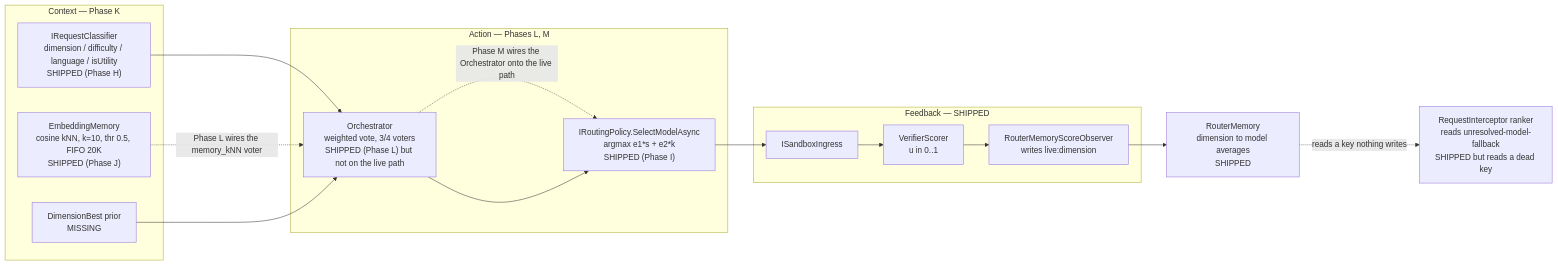
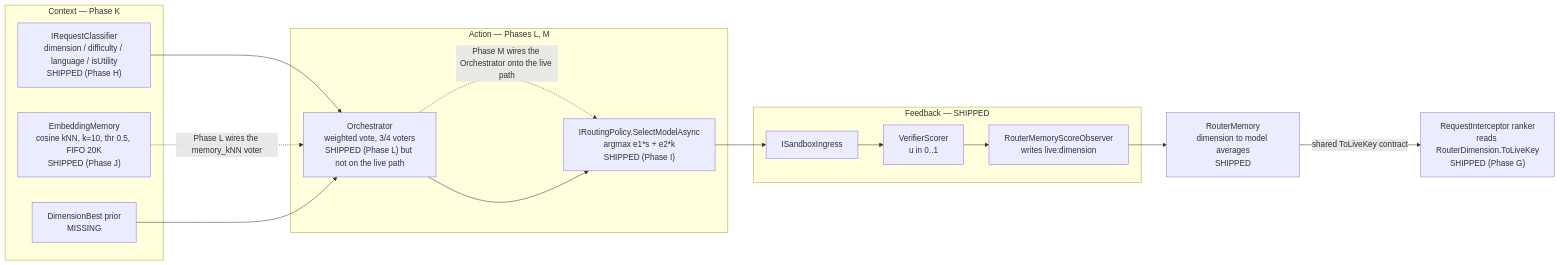
One commit to davidpizon/TotallyHot-ArcRouter changed the diagram in src/PLAN.md. Above: the diagram before and after it, drawn with Mermaid. The commit also changed other lines of this file and 13 other files, not shown here.

````diff
--- a/src/PLAN.md
+++ b/src/PLAN.md
@@ -17,33 +18,33 @@
 ```mermaid
 flowchart LR
     subgraph CTX["Context — Phase K"]
         CLS["IRequestClassifier<br/>dimension / difficulty / language / isUtility<br/>SHIPPED (Phase H)"]
         MEM["EmbeddingMemory<br/>cosine kNN, k=10, thr 0.5, FIFO 20K<br/>SHIPPED (Phase J)"]
         PRIOR["DimensionBest prior<br/>MISSING"]
     end
 
     subgraph ACT["Action — Phases L, M"]
         ORC["Orchestrator<br/>weighted vote, 3/4 voters<br/>SHIPPED (Phase L) but not on the live path"]
         POL["IRoutingPolicy.SelectModelAsync<br/>argmax e1*s + e2*k<br/>SHIPPED (Phase I)"]
     end
 
     subgraph FB["Feedback — SHIPPED"]
         ING["ISandboxIngress"]
         VER["VerifierScorer<br/>u in 0..1"]
         OBS["RouterMemoryScoreObserver<br/>writes live:dimension"]
     end
 
     RM["RouterMemory<br/>dimension to model averages<br/>SHIPPED"]
-    RI["RequestInterceptor ranker<br/>reads unresolved-model-fallback<br/>SHIPPED but reads a dead key"]
+    RI["RequestInterceptor ranker<br/>reads RouterDimension.ToLiveKey<br/>SHIPPED (Phase G)"]
 
     CLS --> ORC
     MEM -.->|"Phase L wires the memory_kNN voter"| ORC
     ORC -.->|"Phase M wires the Orchestrator onto the live path"| POL
     PRIOR --> ORC
     ORC --> POL
     POL --> ING
     ING --> VER
     VER --> OBS
     OBS --> RM
-    RM -.->|"reads a key nothing writes"| RI
+    RM -->|"shared ToLiveKey contract"| RI
 ```
````
